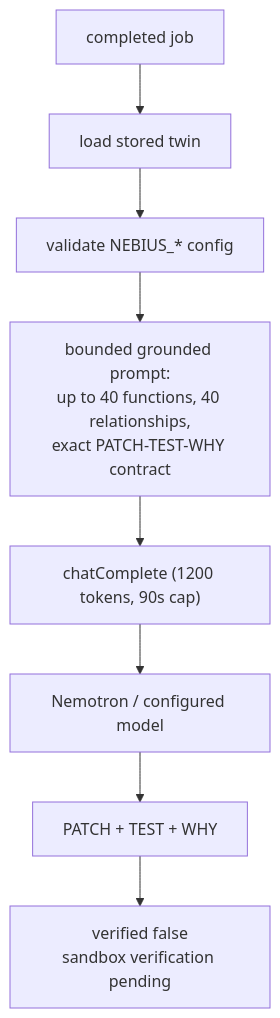
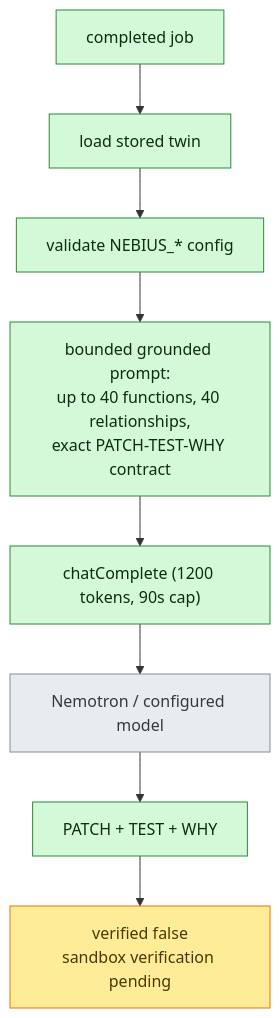
Before and after one commit to kaiser1x/hubris: the ninth of 17 diagrams in docs/ARCHITECTURE.md, drawn with Mermaid. The commit also changed other lines of this file and 1 other file, not shown here.

First line of the commit message:
docs: fix erDiagram reserved word and color-code architecture maps

````diff
--- a/docs/ARCHITECTURE.md
+++ b/docs/ARCHITECTURE.md
@@ -282,19 +311,26 @@
 ```mermaid
 flowchart TD
     Job["completed job"]
     Twin2["load stored twin"]
     Cfg2["validate NEBIUS_* config"]
     Prompt2["bounded grounded prompt:<br/>up to 40 functions, 40 relationships,<br/>exact PATCH-TEST-WHY contract"]
     Chat2["chatComplete (1200 tokens, 90s cap)"]
     Nemo2["Nemotron / configured model"]
     Out["PATCH + TEST + WHY"]
     Unver["verified false<br/>sandbox verification pending"]
 
     Job --> Twin2
     Twin2 --> Cfg2
     Cfg2 --> Prompt2
     Prompt2 --> Chat2
     Chat2 --> Nemo2
     Nemo2 --> Out
     Out --> Unver
+
+    classDef live fill:#d3f9d8,stroke:#2b8a3e,color:#0b2e13
+    classDef warn fill:#ffec99,stroke:#e67700,color:#4d3800
+    classDef ext fill:#e9ecef,stroke:#868e96,color:#343a40
+    class Job,Twin2,Cfg2,Prompt2,Chat2,Out live
+    class Unver warn
+    class Nemo2 ext
 ```
````
